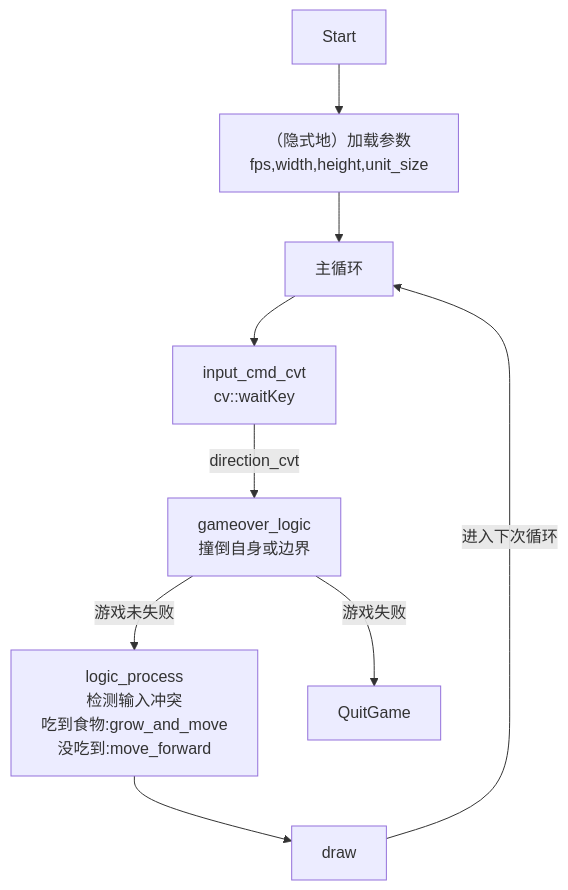
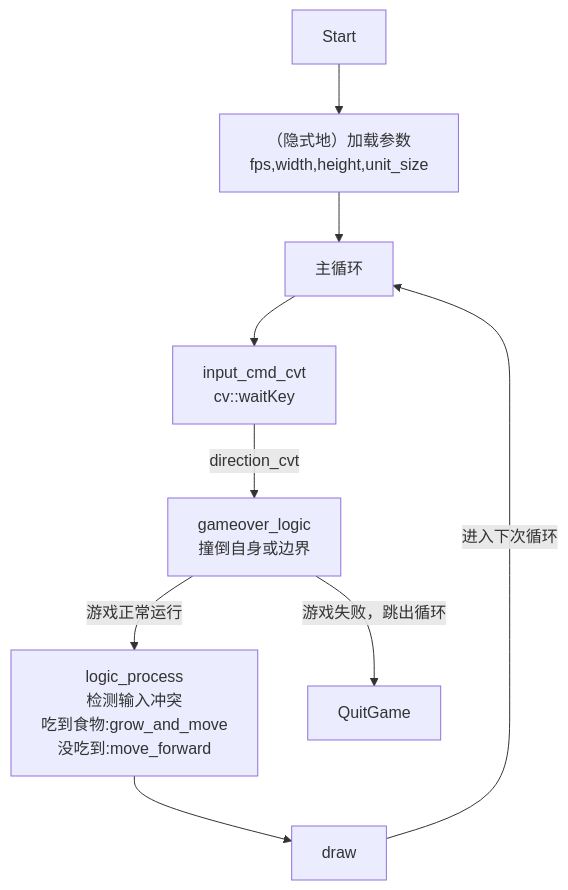
Before and after one commit to 0kitasan/snake: the diagram in README.md, drawn with Mermaid. The commit also changed other lines of this file, not shown here.

````diff
--- a/README.md
+++ b/README.md
@@ -46,18 +44,18 @@
 ``` mermaid
 graph TD;
     Start --> InitializeGame[（隐式地）加载参数<br>fps,width,height,unit_size];
     InitializeGame --> MainLoop[主循环];
     InputCommand[input_cmd_cvt<br>cv::waitKey];
     CheckGameOver[gameover_logic<br>撞倒自身或边界];
     ProcessLogic[logic_process
                   检测输入冲突
                   吃到食物:grow_and_move
                   没吃到:move_forward];
     DrawGame[draw];
     MainLoop --> InputCommand
     InputCommand -->|direction_cvt| CheckGameOver;
-    CheckGameOver -->|游戏未失败| ProcessLogic;
+    CheckGameOver -->|游戏正常运行| ProcessLogic;
     ProcessLogic --> DrawGame;
-    CheckGameOver -->|游戏失败| QuitGame;
+    CheckGameOver -->|游戏失败，跳出循环| QuitGame;
     DrawGame -->|进入下次循环| MainLoop;
 ```
````
